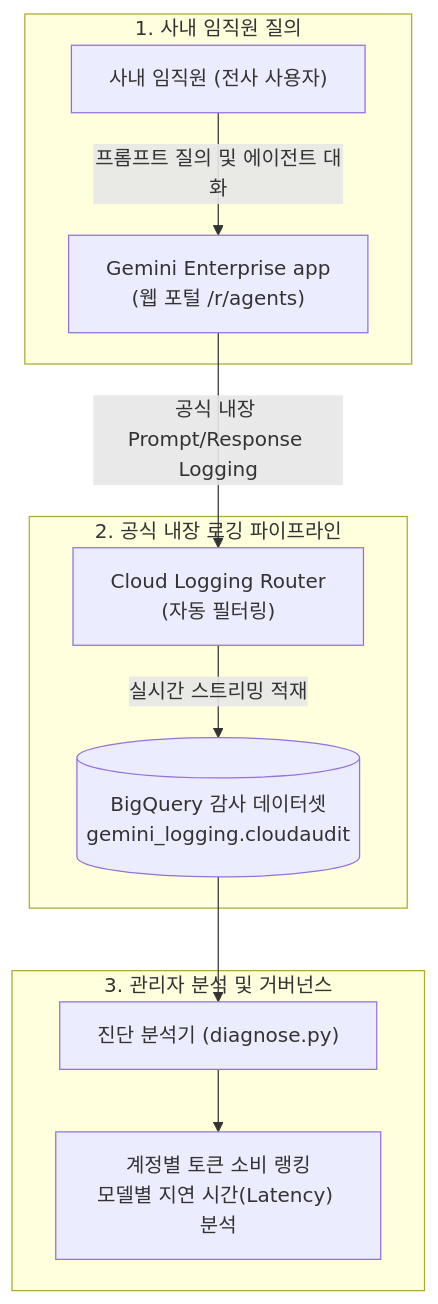
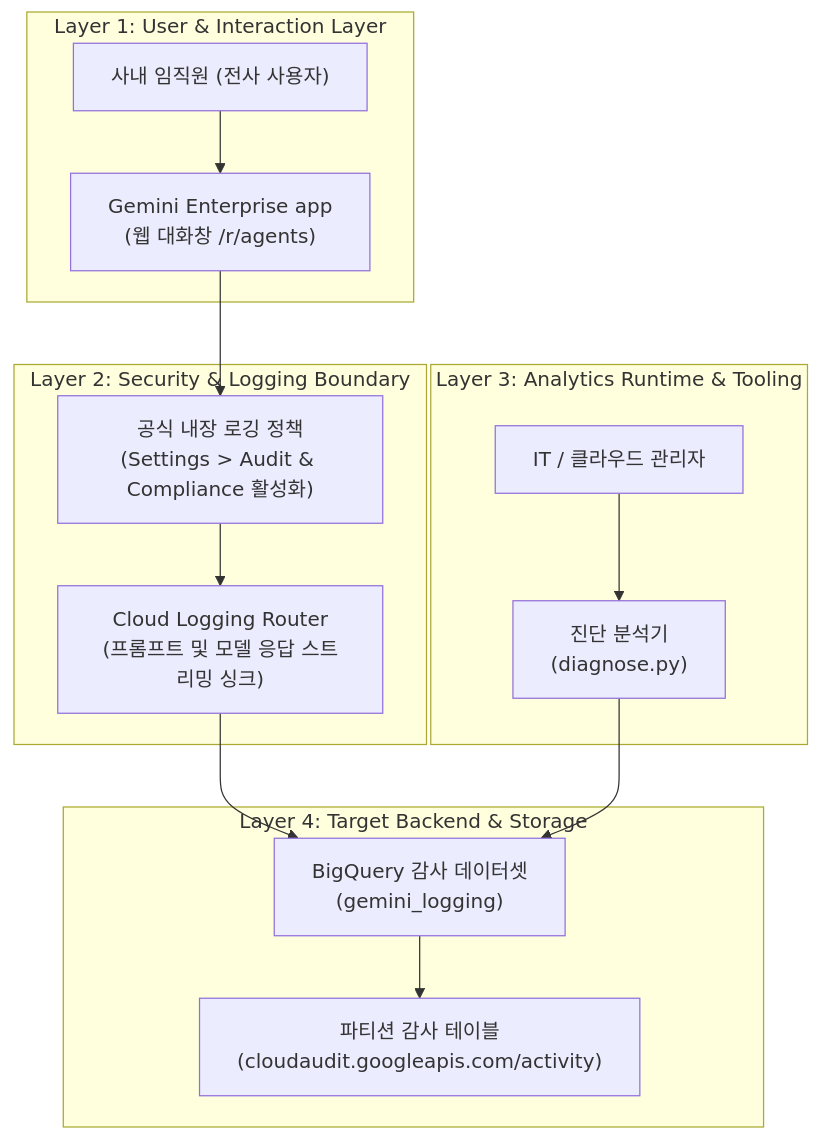
Before and after one commit to jiangjun-forge/google-cloud-0-to-1: the diagram in samples/gemini-enterprise-usage-by-account/README.md, drawn with Mermaid. The commit also changed other lines of this file and 16 other files, not shown here.

````diff
--- a/samples/gemini-enterprise-usage-by-account/README.md
+++ b/samples/gemini-enterprise-usage-by-account/README.md
@@ -76,16 +76,29 @@
 ```mermaid
-flowchart TB
-    subgraph UserLayer["1. 사내 임직원 질의"]
-        Emp["사내 임직원 (전사 사용자)"] -->|프롬프트 질의 및 에이전트 대화| Portal["Gemini Enterprise app<br/>(웹 포털 /r/agents)"]
+flowchart TD
+    subgraph Layer1 ["Layer 1: User & Interaction Layer"]
+        Emp["사내 임직원 (전사 사용자)"]
+        Portal["Gemini Enterprise app<br/>(웹 대화창 /r/agents)"]
+        Emp --> Portal
     end
 
-    subgraph NativeLogging["2. 공식 내장 로깅 파이프라인"]
-        Portal -->|공식 내장 Prompt/Response Logging| Sink["Cloud Logging Router<br/>(자동 필터링)"]
-        Sink -->|실시간 스트리밍 적재| BQ[("BigQuery 감사 데이터셋<br/>gemini_logging.cloudaudit")]
+    subgraph Layer2 ["Layer 2: Security & Logging Boundary"]
+        AuditPolicy["공식 내장 로깅 정책<br/>(Settings > Audit & Compliance 활성화)"]
+        LogRouter["Cloud Logging Router<br/>(프롬프트 및 모델 응답 스트리밍 싱크)"]
+        Portal --> AuditPolicy
+        AuditPolicy --> LogRouter
     end
 
-    subgraph Analytics["3. 관리자 분석 및 거버넌스"]
-        BQ --> Tool["진단 분석기 (diagnose.py)"]
-        Tool --> Dashboard["계정별 토큰 소비 랭킹<br/>모델별 지연 시간(Latency) 분석"]
+    subgraph Layer3 ["Layer 3: Analytics Runtime & Tooling"]
+        CLI["진단 분석기<br/>(diagnose.py)"]
+        Admin["IT / 클라우드 관리자"]
+        Admin --> CLI
+    end
+
+    subgraph Layer4 ["Layer 4: Target Backend & Storage"]
+        Dataset["BigQuery 감사 데이터셋<br/>(gemini_logging)"]
+        LogTable["파티션 감사 테이블<br/>(cloudaudit.googleapis.com/activity)"]
+        LogRouter --> Dataset
+        Dataset --> LogTable
+        CLI --> Dataset
     end
 ```
````
